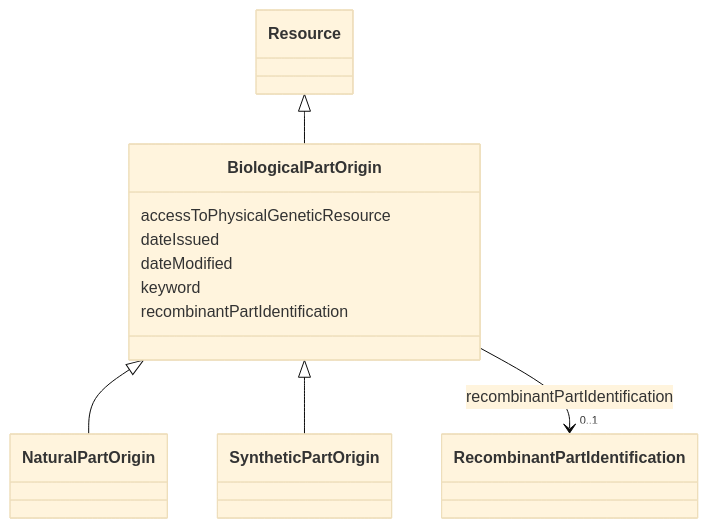
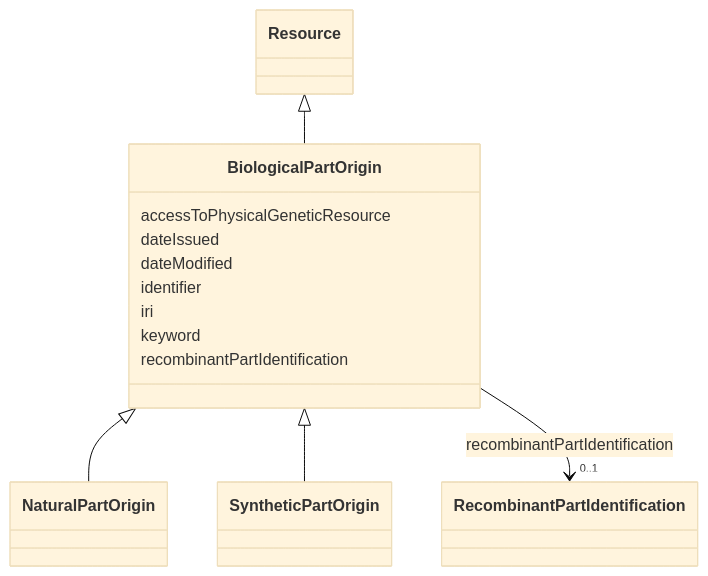
Before and after one commit to EVORA-project/evora-ontology: the diagram in models/docs/BiologicalPartOrigin.md, drawn with Mermaid (base theme). The commit also changed other lines of this file and 391 other files, not shown here.

````diff
--- a/models/docs/BiologicalPartOrigin.md
+++ b/models/docs/BiologicalPartOrigin.md
@@ -21,33 +21,37 @@
 ```mermaid
  classDiagram
     class BiologicalPartOrigin
     click BiologicalPartOrigin href "../BiologicalPartOrigin"
       Resource <|-- BiologicalPartOrigin
         click Resource href "../Resource"
       
 
       BiologicalPartOrigin <|-- NaturalPartOrigin
         click NaturalPartOrigin href "../NaturalPartOrigin"
       BiologicalPartOrigin <|-- SyntheticPartOrigin
         click SyntheticPartOrigin href "../SyntheticPartOrigin"
       
       
       BiologicalPartOrigin : accessToPhysicalGeneticResource
         
       BiologicalPartOrigin : dateIssued
         
       BiologicalPartOrigin : dateModified
         
+      BiologicalPartOrigin : identifier
+        
+      BiologicalPartOrigin : iri
+        
       BiologicalPartOrigin : keyword
         
       BiologicalPartOrigin : recombinantPartIdentification
         
           
     
     
     BiologicalPartOrigin --> "0..1" RecombinantPartIdentification : recombinantPartIdentification
     click RecombinantPartIdentification href "../RecombinantPartIdentification"
 
         
       
 ```
````
